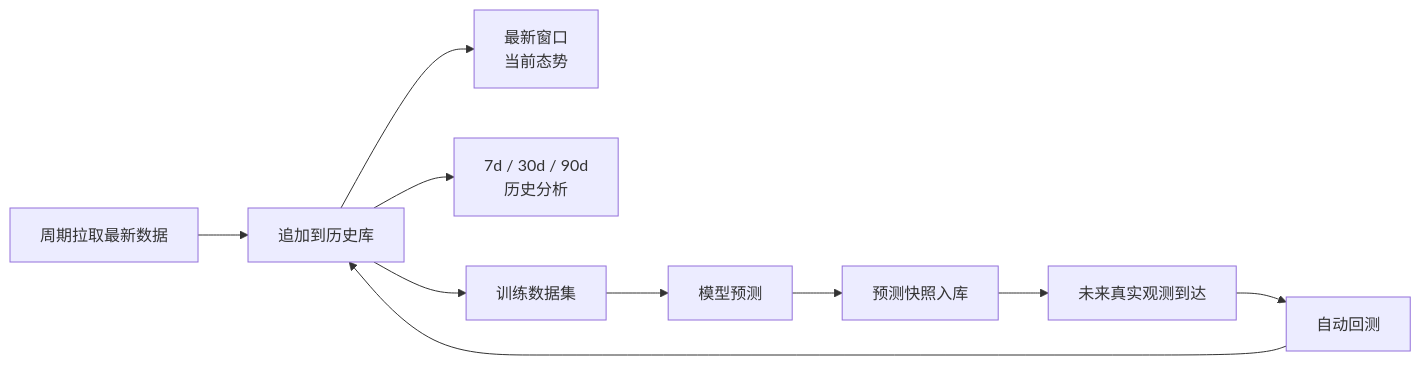
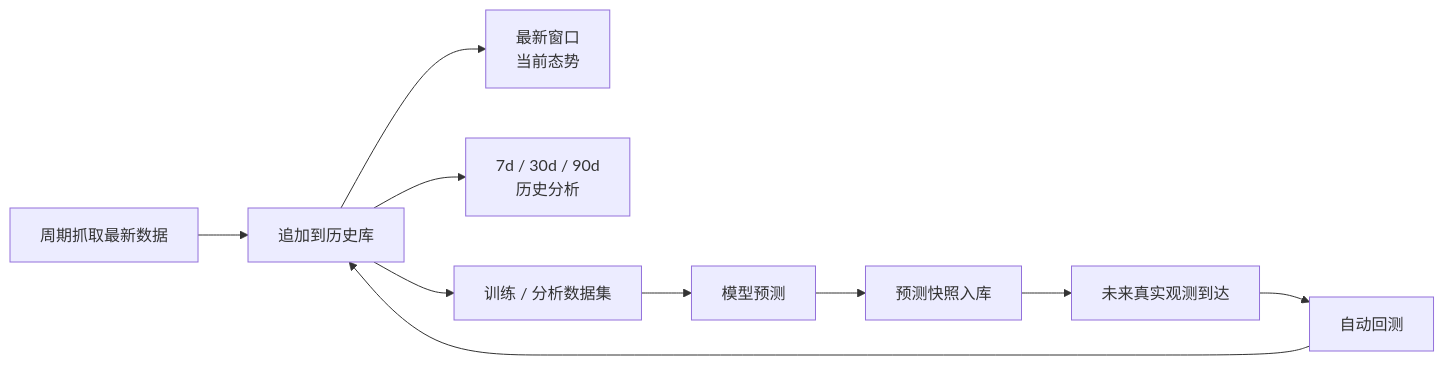
Before and after one commit to rippleshe/AirObservatory: the second of 2 diagrams in ARCHITECTURE.md, drawn with Mermaid. The commit also changed other lines of this file and 60 other files, not shown here.

First line of the commit message:
60 城空气场分析链路 + 视觉与读图层统一

````diff
--- a/ARCHITECTURE.md
+++ b/ARCHITECTURE.md
@@ -54,12 +65,12 @@
 ```mermaid
 flowchart LR
-    A[周期拉取最新数据] --> B[追加到历史库]
+    A[周期抓取最新数据] --> B[追加到历史库]
     B --> C[最新窗口<br/>当前态势]
     B --> D[7d / 30d / 90d<br/>历史分析]
-    B --> E[训练数据集]
+    B --> E[训练 / 分析数据集]
     E --> F[模型预测]
     F --> G[预测快照入库]
     G --> H[未来真实观测到达]
     H --> I[自动回测]
     I --> B
 ```
````
